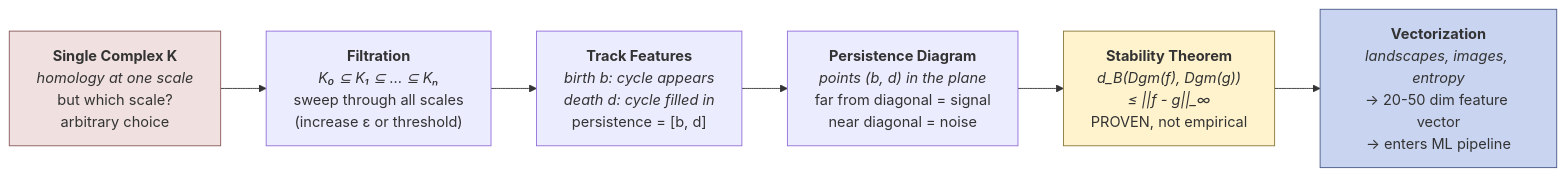
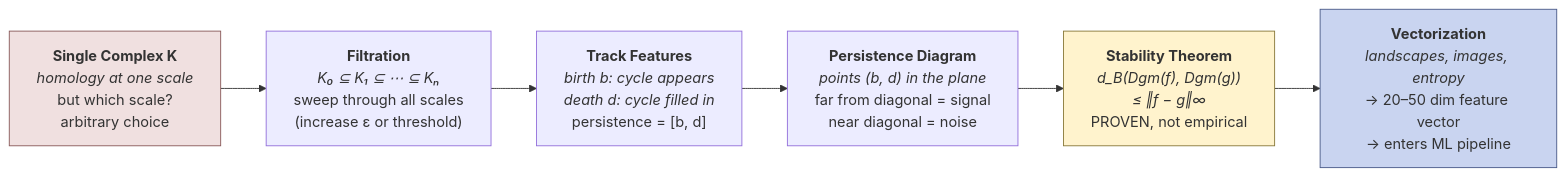
The third of 3 diagrams in docs/persistent_homology_advisor_writeup.md (Zanzagar/persistent-homology-research), drawn with Mermaid before and after one commit. The commit also changed other lines of this file, not shown here.

First line of the commit message:
docs: improve math notation in Mermaid diagrams with Unicode symbols

````diff
--- a/docs/persistent_homology_advisor_writeup.md
+++ b/docs/persistent_homology_advisor_writeup.md
@@ -71,12 +71,12 @@
 ```mermaid
 flowchart LR
-    SINGLE["<b>Single Complex K</b><br/><i>homology at one scale</i><br/>but which scale?<br/>arbitrary choice"] --> FILT["<b>Filtration</b><br/><i>K₀ ⊆ K₁ ⊆ ... ⊆ Kₙ</i><br/>sweep through all scales<br/>(increase ε or threshold)"]
+    SINGLE["<b>Single Complex K</b><br/><i>homology at one scale</i><br/>but which scale?<br/>arbitrary choice"] --> FILT["<b>Filtration</b><br/><i>K₀ ⊆ K₁ ⊆ ⋯ ⊆ Kₙ</i><br/>sweep through all scales<br/>(increase ε or threshold)"]
     FILT --> TRACK["<b>Track Features</b><br/><i>birth b: cycle appears</i><br/><i>death d: cycle filled in</i><br/>persistence = [b, d]"]
     TRACK --> VIZ["<b>Persistence Diagram</b><br/><i>points (b, d) in the plane</i><br/>far from diagonal = signal<br/>near diagonal = noise"]
-    VIZ --> STAB["<b>Stability Theorem</b><br/><i>d_B(Dgm(f), Dgm(g))</i><br/><i>≤ ||f - g||_∞</i><br/>PROVEN, not empirical"]
-    STAB --> VEC["<b>Vectorization</b><br/><i>landscapes, images, entropy</i><br/>→ 20-50 dim feature vector<br/>→ enters ML pipeline"]
+    VIZ --> STAB["<b>Stability Theorem</b><br/><i>d_B(Dgm(f), Dgm(g))</i><br/><i>≤ ‖f − g‖∞</i><br/>PROVEN, not empirical"]
+    STAB --> VEC["<b>Vectorization</b><br/><i>landscapes, images, entropy</i><br/>→ 20–50 dim feature vector<br/>→ enters ML pipeline"]
 
     style SINGLE fill:#f0e0e0,stroke:#8a5a5a
     style STAB fill:#fff3cd,stroke:#8a7a3a
     style VEC fill:#c9d4f0,stroke:#4a5a8a
 ```
````
